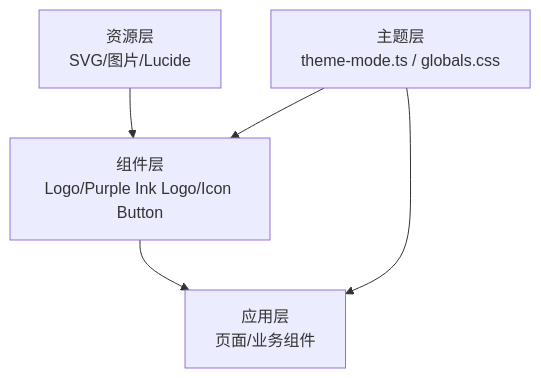
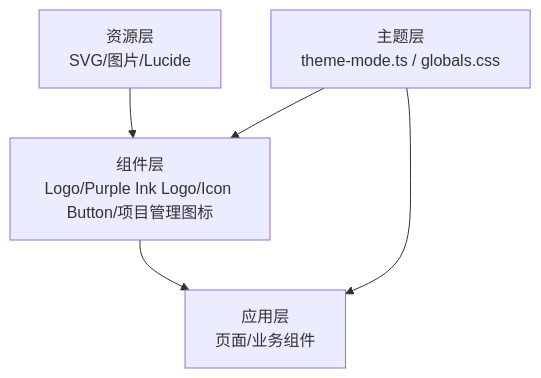
One commit to scottcwy/PurpleInk changed the second of 5 diagrams in .qoder/repowiki/zh/content/前端架构/组件系统/图标系统.md. Above: the diagram before and after it, drawn with Mermaid. The commit also changed other lines of this file and 23 other files, not shown here.

````diff
--- a/.qoder/repowiki/zh/content/前端架构/组件系统/图标系统.md
+++ b/.qoder/repowiki/zh/content/前端架构/组件系统/图标系统.md
@@ -119,7 +114,7 @@
 ```mermaid
 graph TB
-R["资源层<br/>SVG/图片/Lucide"] --> C["组件层<br/>Logo/Purple Ink Logo/Icon Button"]
+R["资源层<br/>SVG/图片/Lucide"] --> C["组件层<br/>Logo/Purple Ink Logo/Icon Button/项目管理图标"]
 C --> U["应用层<br/>页面/业务组件"]
 T["主题层<br/>theme-mode.ts / globals.css"] --> C
 T --> U
 ```
````
